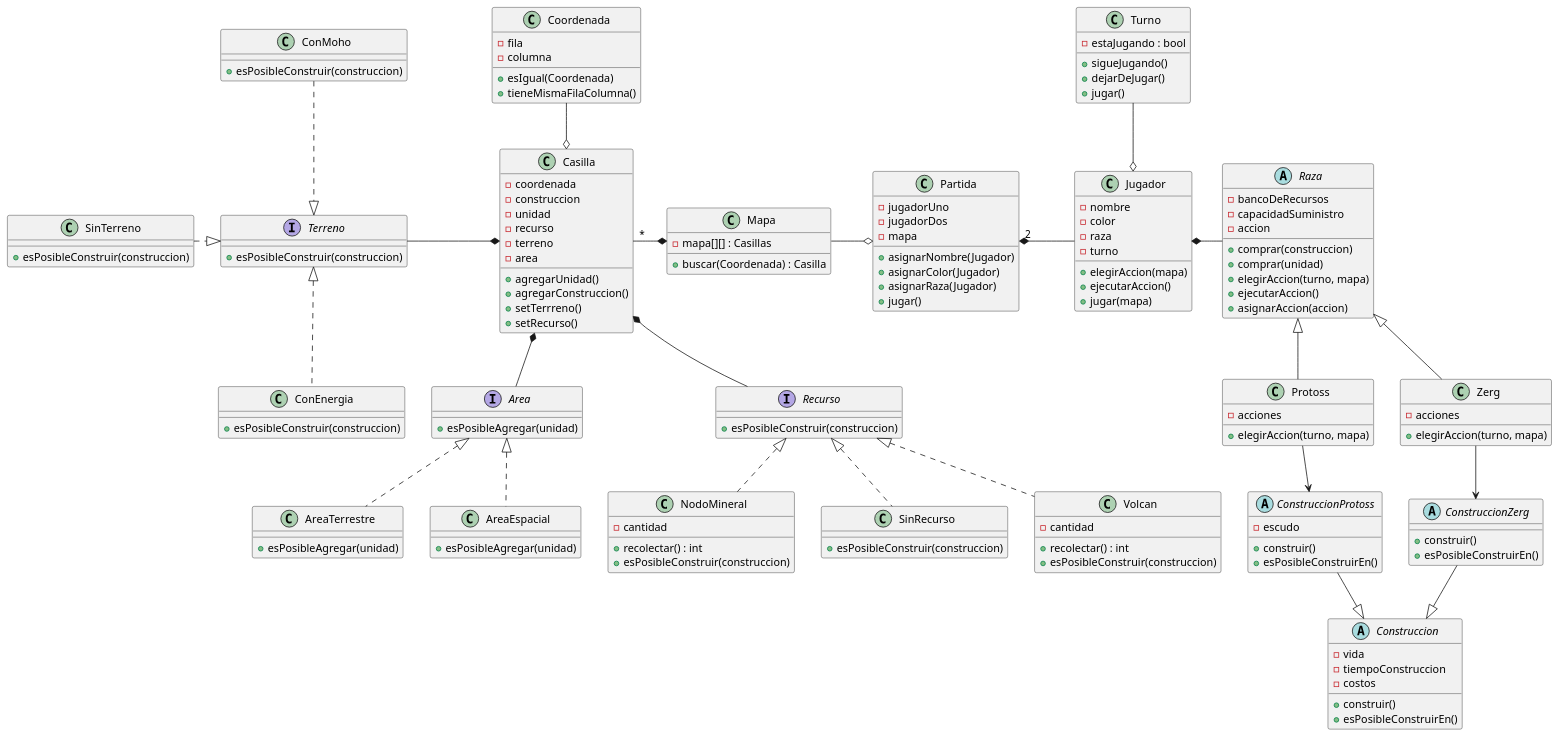
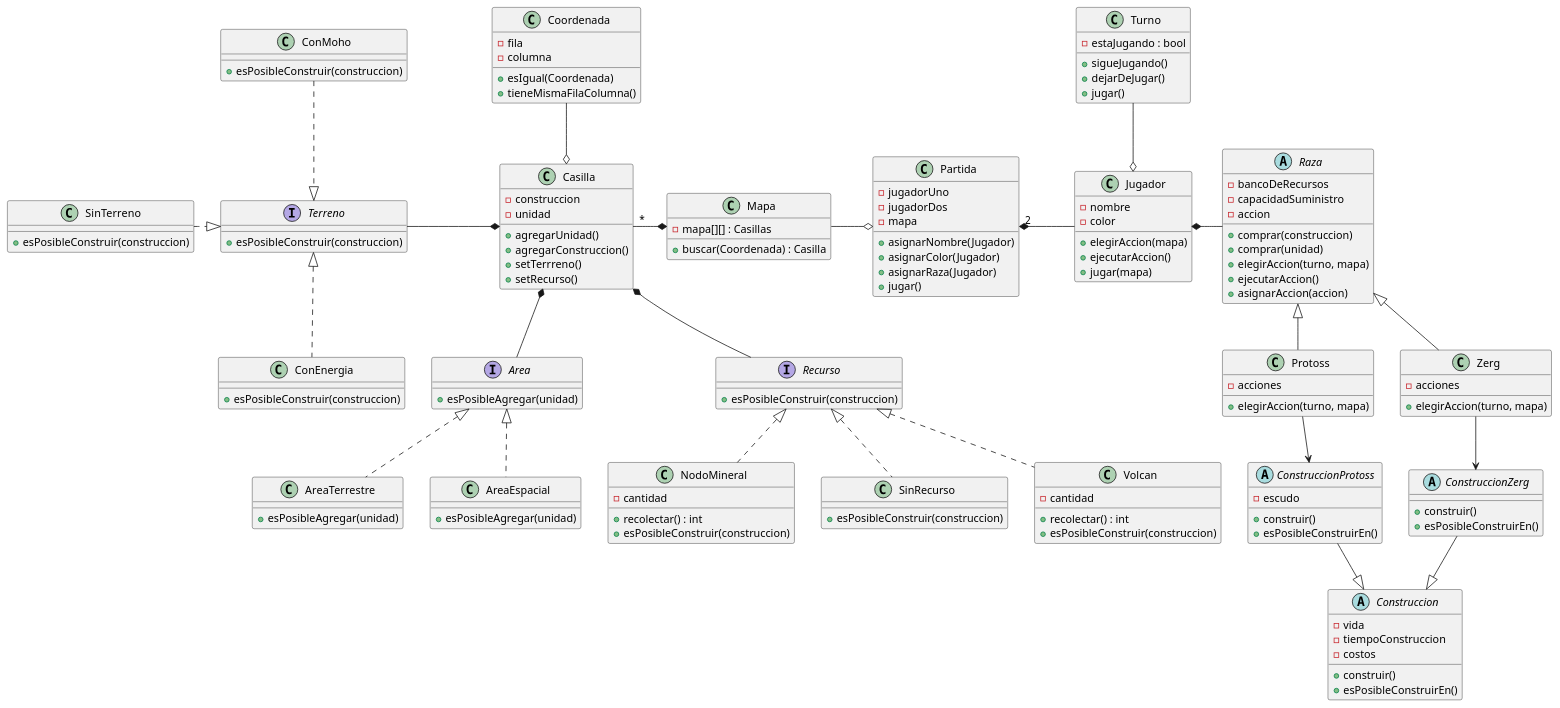
Before and after one commit to GiaWong/Algo3_TP2_2C2022: the diagram in diagrams/classes/Modelo3/ModeloGeneralVersion03.puml, drawn with PlantUML. The commit also changed 14 other files, not shown here.

```diff
--- a/diagrams/classes/Modelo3/ModeloGeneralVersion03.puml
+++ b/diagrams/classes/Modelo3/ModeloGeneralVersion03.puml
@@ -1,182 +1,177 @@
 @startuml
 'https://plantuml.com/class-diagram
 
 class Partida {
     - jugadorUno
     - jugadorDos
     - mapa
 
     + asignarNombre(Jugador)
     + asignarColor(Jugador)
     + asignarRaza(Jugador)
     + jugar()
 }
 
 class Jugador {
     - nombre
     - color
-    - raza
-    - turno
 
     + elegirAccion(mapa)
     + ejecutarAccion()
     + jugar(mapa)
 }
 
 abstract class Raza {
     - bancoDeRecursos
     - capacidadSuministro
     - accion
 
     + comprar(construccion)
     + comprar(unidad)
     + elegirAccion(turno, mapa)
     + ejecutarAccion()
     + asignarAccion(accion)
 }
 
 class Zerg {
     - acciones
     + elegirAccion(turno, mapa)
 }
 
 class Protoss {
     - acciones
     + elegirAccion(turno, mapa)
 }
 
 abstract class Construccion {
     - vida
     - tiempoConstruccion
     - costos
     + construir()
     + esPosibleConstruirEn()
 }
 
 abstract class ConstruccionZerg {
     + construir()
     + esPosibleConstruirEn()
 }
 
 abstract class ConstruccionProtoss {
     - escudo
     + construir()
     + esPosibleConstruirEn()
 }
 
 class Mapa {
     - mapa[][] : Casillas
 
     + buscar(Coordenada) : Casilla
 }
 
 class Casilla {
-    - coordenada
+
     - construccion
     - unidad
-    - recurso
-    - terreno
-    - area
 
     + agregarUnidad()
     + agregarConstruccion()
     + setTerrreno()
     + setRecurso()
 }
 
 class Coordenada {
     - fila
     - columna
 
     +esIgual(Coordenada)
     +tieneMismaFilaColumna()
 }
 
 class SinRecurso {
     + esPosibleConstruir(construccion)
 }
 
 interface Terreno {
     + esPosibleConstruir(construccion)
 }
 
 class ConMoho {
     + esPosibleConstruir(construccion)
 }
 
 class ConEnergia {
     + esPosibleConstruir(construccion)
 }
 
 class SinTerreno {
     + esPosibleConstruir(construccion)
 }
 
 class Volcan {
     - cantidad
     + recolectar() : int
     + esPosibleConstruir(construccion)
 }
 
 class NodoMineral {
     - cantidad
     + recolectar() : int
     + esPosibleConstruir(construccion)
 }
 
 class Turno {
     - estaJugando : bool
     +sigueJugando()
     +dejarDeJugar()
     +jugar()
 
 }
 
 interface Recurso {
     + esPosibleConstruir(construccion)
 }
 
 
 Partida "2" *- Jugador
 Mapa -o Partida
 Jugador o-up- Turno
 
 Jugador *- Raza
 Raza <|-- Zerg
 Raza <|-- Protoss
 
 Zerg --> ConstruccionZerg
 Protoss --> ConstruccionProtoss
 ConstruccionProtoss --|> Construccion
 ConstruccionZerg --|> Construccion
 
 Casilla "*" -* Mapa
 Terreno -* Casilla
 Coordenada --o Casilla
 Casilla *-- Recurso
 
 Recurso <|.. Volcan
 Recurso <|.. NodoMineral
 Recurso <|.. SinRecurso
 
 ConMoho ..|> Terreno
 Terreno <|.. ConEnergia
 SinTerreno .|> Terreno
 
 interface Area{
  +esPosibleAgregar(unidad)
 }
 class AreaTerrestre{
 +esPosibleAgregar(unidad)
 }
 class AreaEspacial{
 +esPosibleAgregar(unidad)
 }
 
 Casilla *-- Area
 Area <|.. AreaTerrestre
 Area <|.. AreaEspacial
 
 
 
 @enduml
```
